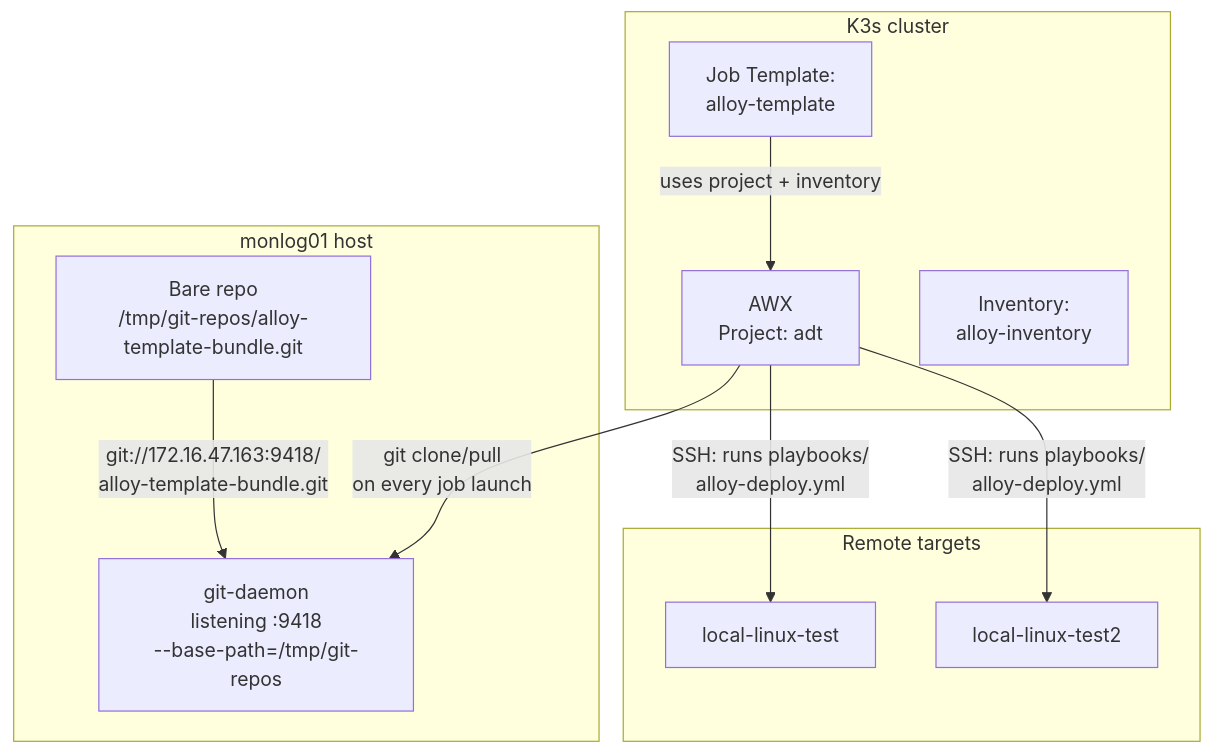
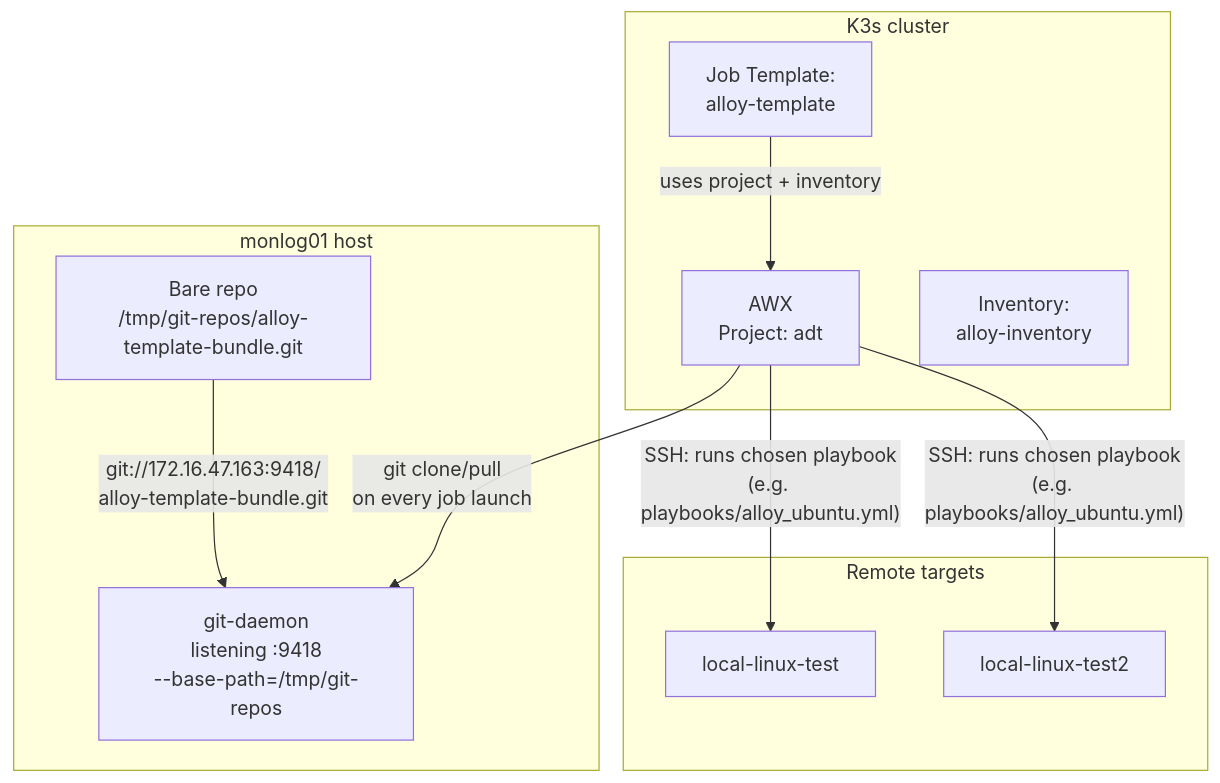
One commit to JamesRivers/wayfinder changed the fourth of 4 diagrams in observability-stack-simple-ps-tools/docs/lgtm-operations-guide.md. Above: the diagram before and after it, drawn with Mermaid. The commit also changed other lines of this file and 4 other files, not shown here.

````diff
--- a/observability-stack-simple-ps-tools/docs/lgtm-operations-guide.md
+++ b/observability-stack-simple-ps-tools/docs/lgtm-operations-guide.md
@@ -280,24 +280,24 @@
 ```mermaid
 flowchart TB
     subgraph "monlog01 host"
         GD["git-daemon<br/>listening :9418<br/>--base-path=/tmp/git-repos"]
         BR["Bare repo<br/>/tmp/git-repos/alloy-template-bundle.git"]
     end
 
     subgraph "K3s cluster"
         AWX["AWX<br/>Project: adt"]
         JT["Job Template:<br/>alloy-template"]
         INV["Inventory:<br/>alloy-inventory"]
     end
 
     subgraph "Remote targets"
         T1["local-linux-test"]
         T2["local-linux-test2"]
     end
 
     BR -->|"git://172.16.47.163:9418/<br/>alloy-template-bundle.git"| GD
     AWX -->|"git clone/pull<br/>on every job launch"| GD
     JT -->|"uses project + inventory"| AWX
-    AWX -->|"SSH: runs playbooks/<br/>alloy-deploy.yml"| T1
-    AWX -->|"SSH: runs playbooks/<br/>alloy-deploy.yml"| T2
+    AWX -->|"SSH: runs chosen playbook<br/>(e.g. playbooks/alloy_ubuntu.yml)"| T1
+    AWX -->|"SSH: runs chosen playbook<br/>(e.g. playbooks/alloy_ubuntu.yml)"| T2
 ```
````
